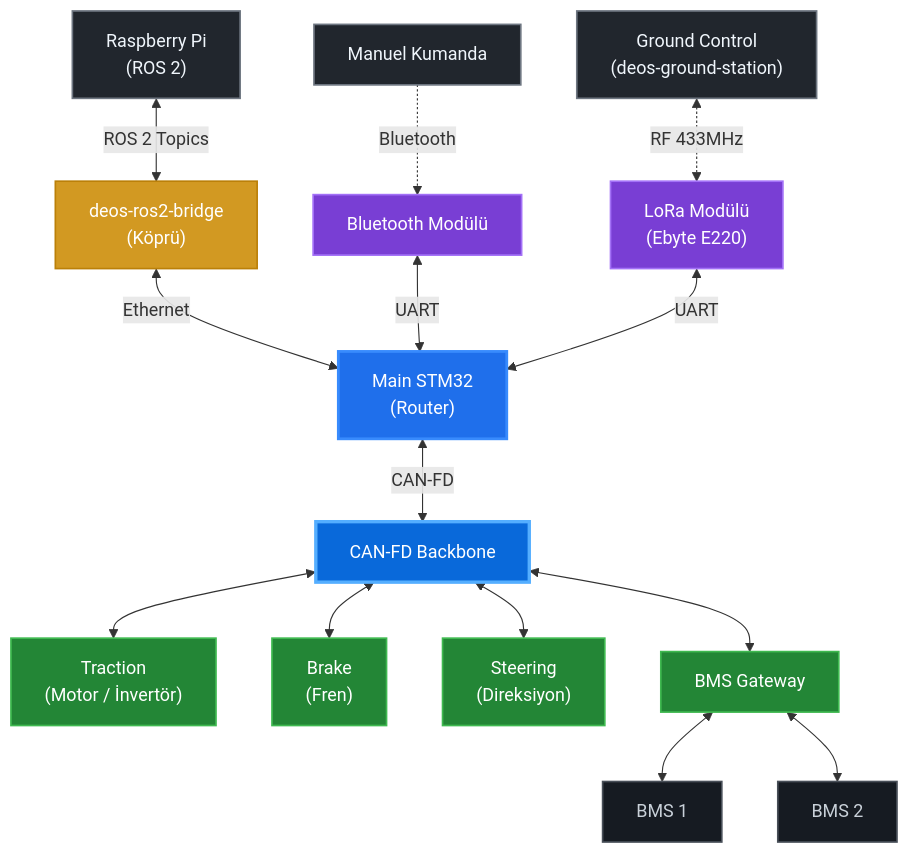
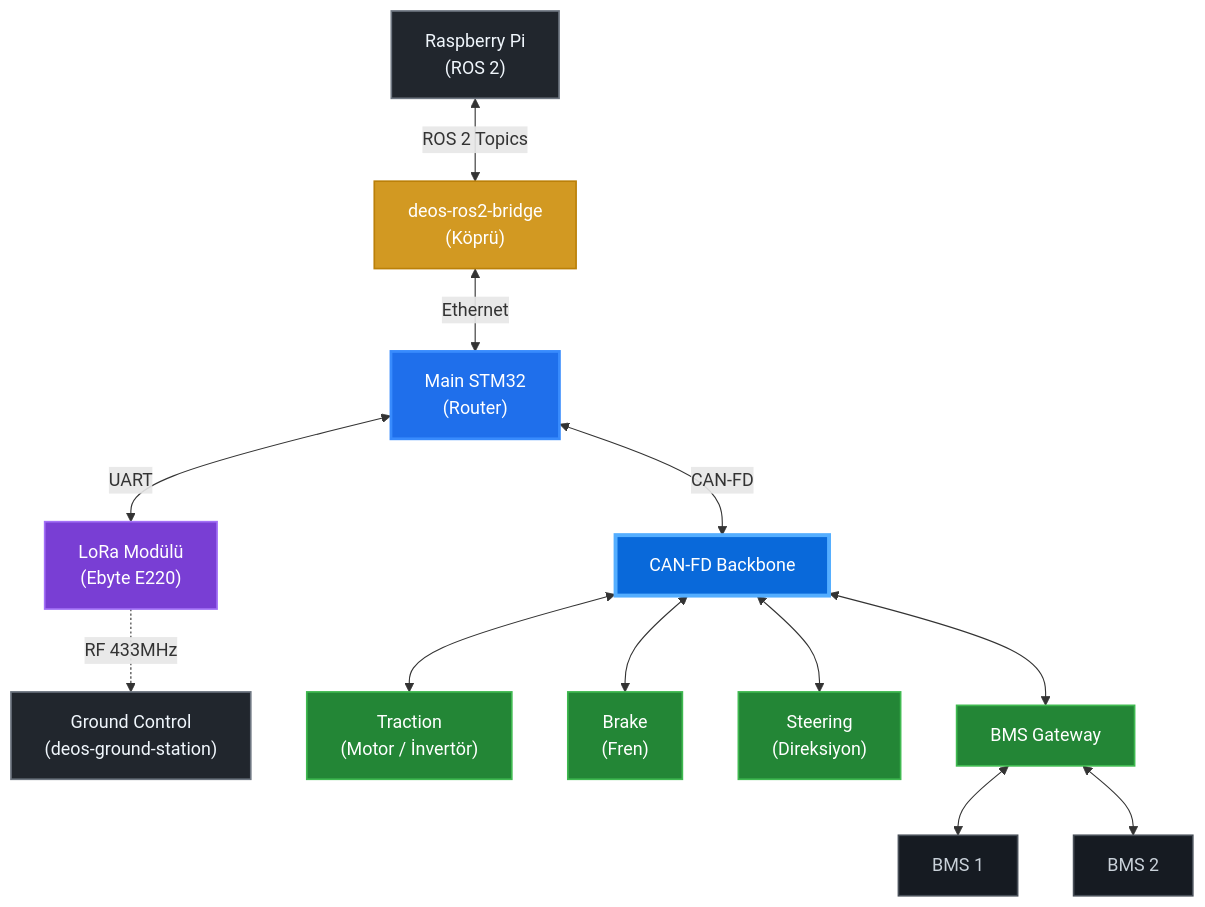
One commit to DEUDEOS-Team/deos-firmware changed the second of 2 diagrams in README.md. Above: the diagram before and after it, drawn with Mermaid. The commit also changed other lines of this file, not shown here.

Commit message:
docs: remove unassigned bluetooth connections and add path-level app responsibilities

````diff
--- a/README.md
+++ b/README.md
@@ -36,46 +36,39 @@
 ```mermaid
 graph TD
     classDef mcu fill:#1f6feb,stroke:#388bfd,stroke-width:2.5px,color:#ffffff;
     classDef host fill:#21262d,stroke:#6e7681,stroke-width:1.5px,color:#f0f6fc;
     classDef bridge fill:#d29922,stroke:#bb8009,stroke-width:1.5px,color:#ffffff;
     classDef rf fill:#793ed4,stroke:#a371f7,stroke-width:1.5px,color:#ffffff;
     classDef can fill:#238636,stroke:#3fb950,stroke-width:1.5px,color:#ffffff;
     classDef bms fill:#161b22,stroke:#484f58,stroke-width:1.5px,color:#c9d1d9;
-    classDef bus fill:#0969da,stroke:#54aeff,stroke-width:3px,color:#ffffff;
+    classDef bus fill:#0969da,stroke:#54aeff,stroke-width:3.5px,color:#ffffff;
 
     RPI["Raspberry Pi<br/>(ROS 2)"]:::host
     BRIDGE["deos-ros2-bridge<br/>(Köprü)"]:::bridge
+    MAIN["Main STM32<br/>(Router)"]:::mcu
 
-    JOY["Manuel Kumanda"]:::host
-    BT["Bluetooth Modülü"]:::rf
-
+    LORA["LoRa Modülü<br/>(Ebyte E220)"]:::rf
     GCS["Ground Control<br/>(deos-ground-station)"]:::host
-    LORA["LoRa Modülü<br/>(Ebyte E220)"]:::rf
-
-    MAIN["Main STM32<br/>(Router)"]:::mcu
 
     RPI <-->|"ROS 2 Topics"| BRIDGE
     BRIDGE <-->|"Ethernet"| MAIN
 
-    JOY -.->|"Bluetooth"| BT
-    BT <-->|"UART"| MAIN
-
-    GCS <-.->|"RF 433MHz"| LORA
-    LORA <-->|"UART"| MAIN
+    MAIN <-->|"UART"| LORA
+    LORA -.->|"RF 433MHz"| GCS
 
     CAN_BUS["CAN-FD Backbone"]:::bus
     TRACTION["Traction<br/>(Motor / İnvertör)"]:::can
     BRAKE["Brake<br/>(Fren)"]:::can
     STEERING["Steering<br/>(Direksiyon)"]:::can
     BMS_GW["BMS Gateway"]:::can
     BMS1["BMS 1"]:::bms
     BMS2["BMS 2"]:::bms
 
     MAIN <-->|"CAN-FD"| CAN_BUS
     CAN_BUS <--> TRACTION
     CAN_BUS <--> BRAKE
     CAN_BUS <--> STEERING
     CAN_BUS <--> BMS_GW
     BMS_GW <--> BMS1
     BMS_GW <--> BMS2
 ```
````
